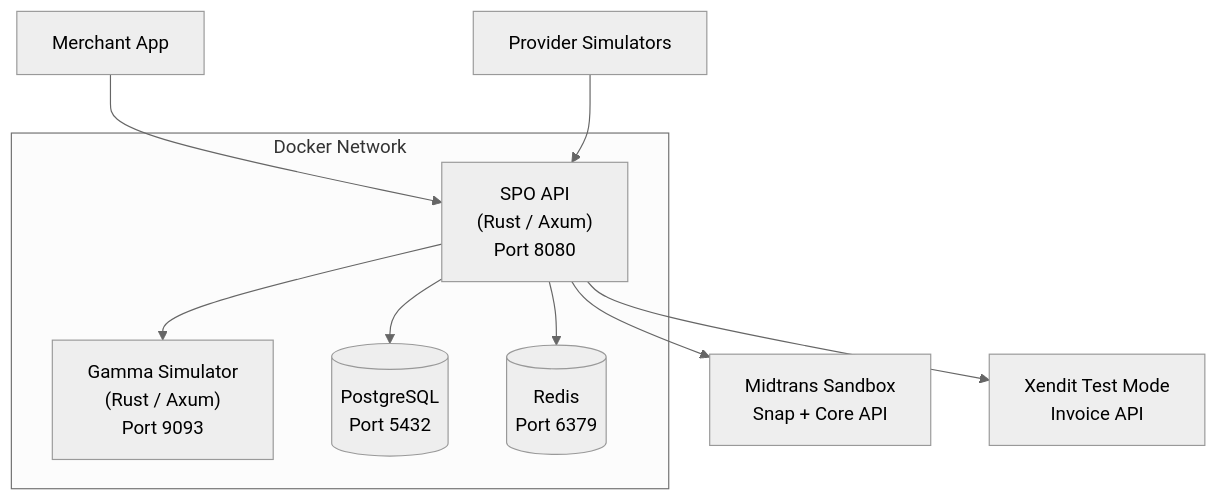
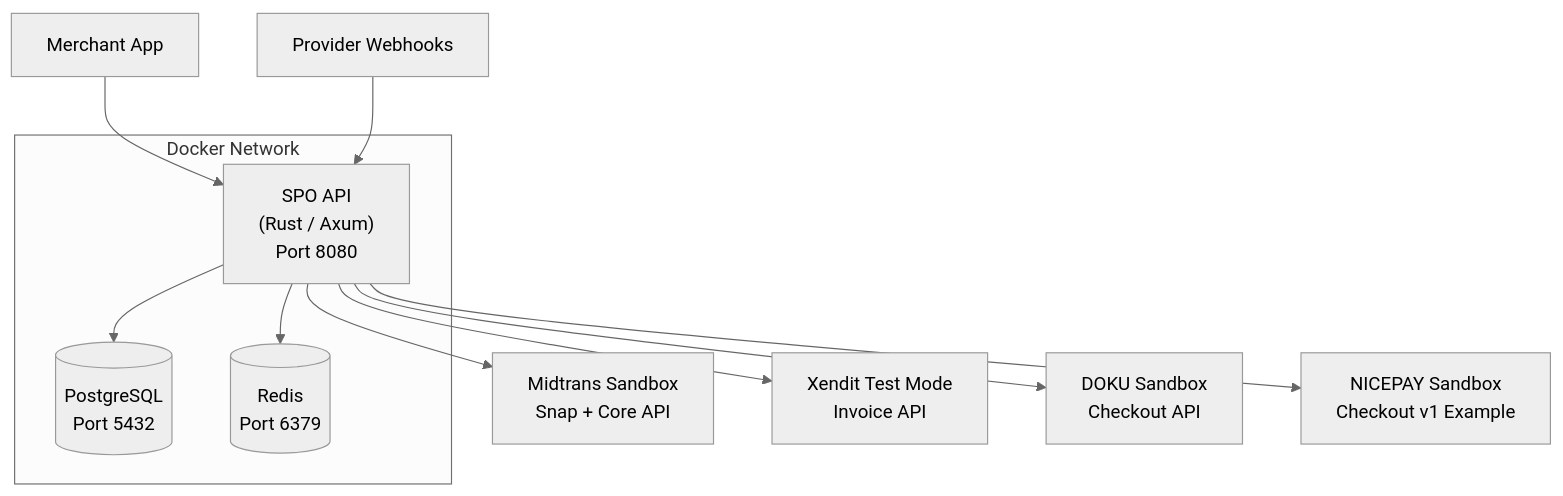
One commit to kukuhtw/secure_payment_orchestrator changed diagram 11 of 11 in documentation/architecture/Architecture-Secure-Payment-Orchestrator.md. Above: the diagram before and after it, drawn with Mermaid (neutral theme). The commit also changed other lines of this file and 11 other files, not shown here.

````diff
--- a/documentation/architecture/Architecture-Secure-Payment-Orchestrator.md
+++ b/documentation/architecture/Architecture-Secure-Payment-Orchestrator.md
@@ -593,20 +595,22 @@
 ```mermaid
 flowchart TB
     subgraph Docker_Network["Docker Network"]
         API["SPO API\n(Rust / Axum)\nPort 8080"]
-        GAMMA["Gamma Simulator\n(Rust / Axum)\nPort 9093"]
         PG[("PostgreSQL\nPort 5432")]
         RD[("Redis\nPort 6379")]
     end
     MIDTRANS["Midtrans Sandbox\nSnap + Core API"]
     XENDIT["Xendit Test Mode\nInvoice API"]
+    DOKU["DOKU Sandbox\nCheckout API"]
+    NICEPAY["NICEPAY Sandbox\nCheckout v1 Example"]
 
     Merchant["Merchant App"] --> API
-    Provider["Provider Simulators"] --> API
+    Provider["Provider Webhooks"] --> API
 
     API --> MIDTRANS
     API --> XENDIT
-    API --> GAMMA
+    API --> DOKU
+    API --> NICEPAY
     API --> PG
     API --> RD
 ```
````
